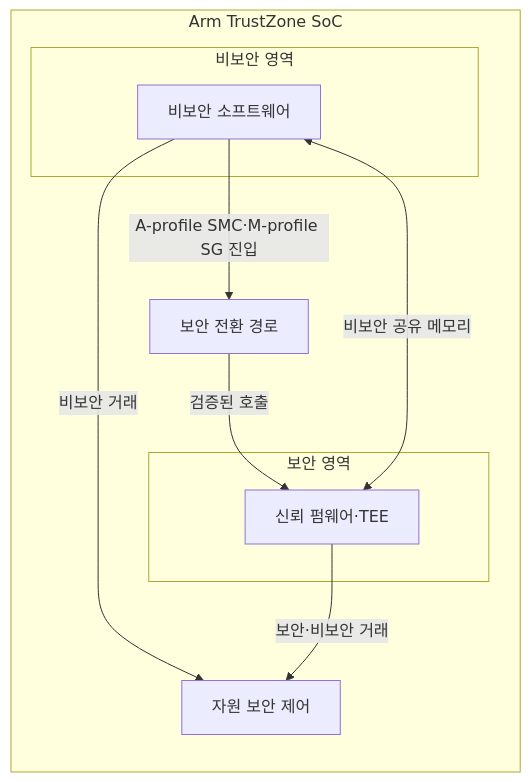
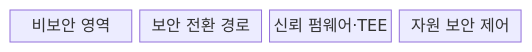
The first of 2 diagrams in src/content/docs/notes/02-hardware/064_arm_trustzone.md (agnusdei1207/knowledge-base), drawn with Mermaid before and after one commit. The commit also changed other lines of this file and 20 other files, not shown here.

````diff
--- a/src/content/docs/notes/02-hardware/064_arm_trustzone.md
+++ b/src/content/docs/notes/02-hardware/064_arm_trustzone.md
@@ -65,18 +63,8 @@
 ```mermaid
-flowchart LR
-    subgraph Z["Arm TrustZone SoC"]
-        subgraph NZ["비보안 영역"]
-            N[비보안 소프트웨어]
-        end
-        X[보안 전환 경로]
-        subgraph SZ["보안 영역"]
-            T[신뢰 펌웨어·TEE]
-        end
-        A[자원 보안 제어]
-        N -->|A-profile SMC·M-profile SG 진입| X
-        X -->|검증된 호출| T
-        N <-->|비보안 공유 메모리| T
-        N -->|비보안 거래| A
-        T -->|보안·비보안 거래| A
-    end
+block
+  columns 4
+  A["비보안 영역"]
+  B["보안 전환 경로"]
+  C["신뢰 펌웨어·TEE"]
+  D["자원 보안 제어"]
 ```
````
